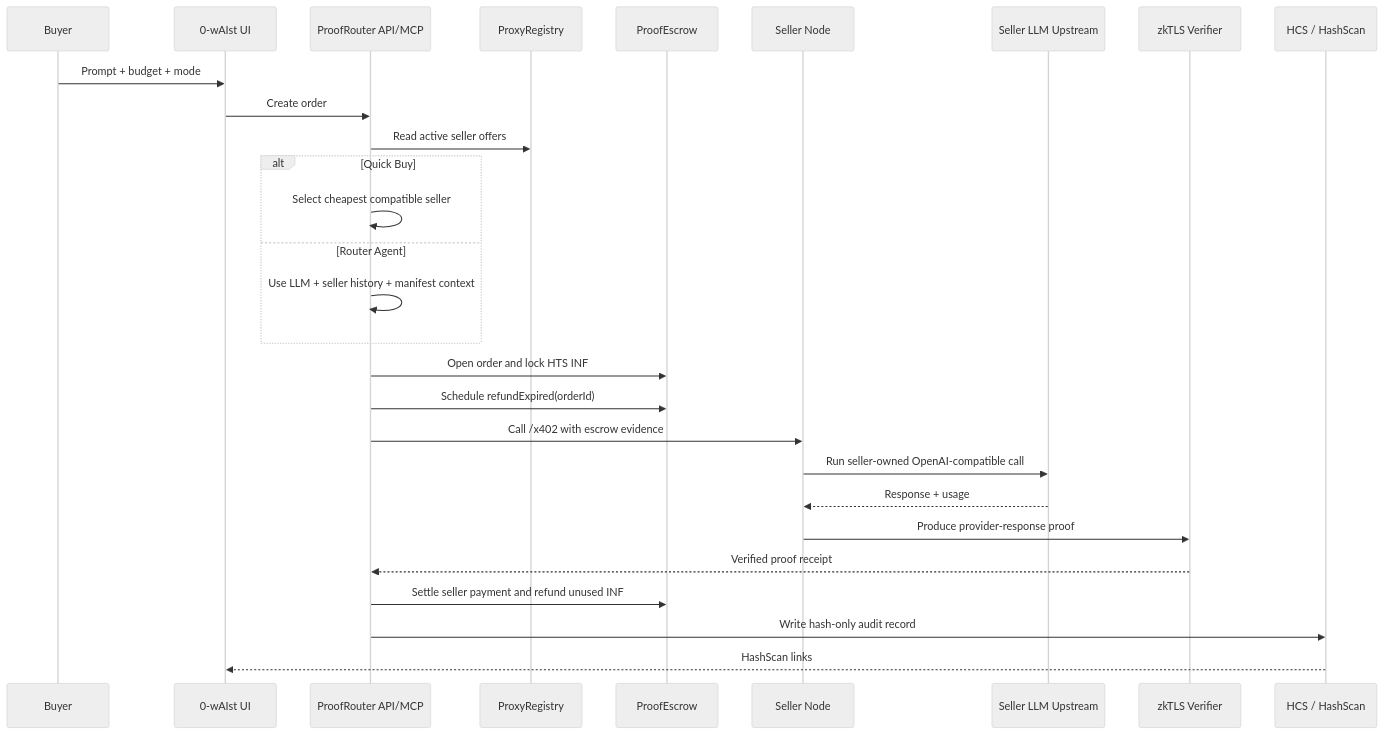
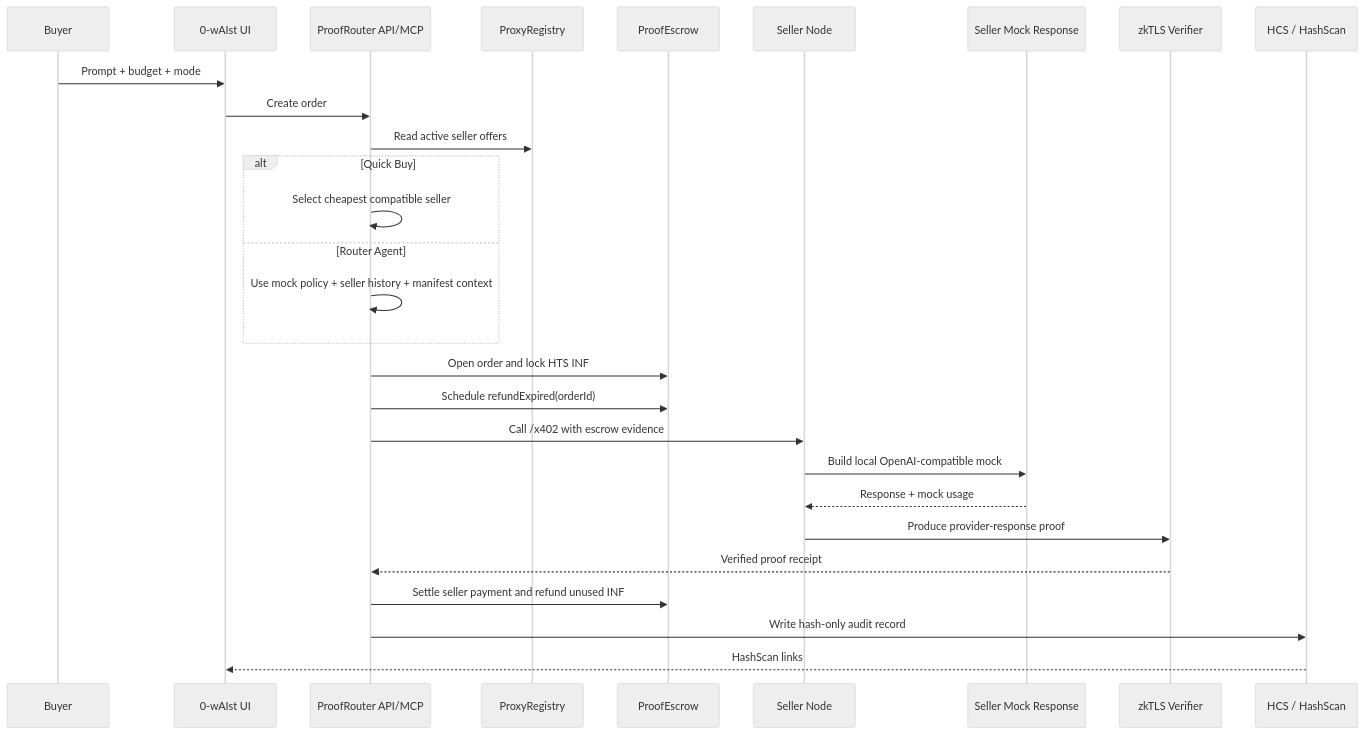
Before and after one commit to kirilligum/0-wAIst-hack-ethglobal-nyc-26: the second of 2 diagrams in README.md, drawn with Mermaid (neutral theme). The commit also changed other lines of this file and 28 other files, not shown here.

Commit message:
chore: switch LLM paths to local mock

````diff
--- a/README.md
+++ b/README.md
@@ -39,31 +39,31 @@
 ```mermaid
 sequenceDiagram
     participant Buyer
     participant UI as 0-wAIst UI
     participant Router as ProofRouter API/MCP
     participant Registry as ProxyRegistry
     participant Escrow as ProofEscrow
     participant Seller as Seller Node
-    participant LLM as Seller LLM Upstream
+    participant LLM as Seller Mock Response
     participant ZK as zkTLS Verifier
     participant Audit as HCS / HashScan
 
     Buyer->>UI: Prompt + budget + mode
     UI->>Router: Create order
     Router->>Registry: Read active seller offers
     alt Quick Buy
         Router->>Router: Select cheapest compatible seller
     else Router Agent
-        Router->>Router: Use LLM + seller history + manifest context
+        Router->>Router: Use mock policy + seller history + manifest context
     end
     Router->>Escrow: Open order and lock HTS INF
     Router->>Escrow: Schedule refundExpired(orderId)
     Router->>Seller: Call /x402 with escrow evidence
-    Seller->>LLM: Run seller-owned OpenAI-compatible call
-    LLM-->>Seller: Response + usage
+    Seller->>LLM: Build local OpenAI-compatible mock
+    LLM-->>Seller: Response + mock usage
     Seller->>ZK: Produce provider-response proof
     ZK-->>Router: Verified proof receipt
     Router->>Escrow: Settle seller payment and refund unused INF
     Router->>Audit: Write hash-only audit record
     Audit-->>UI: HashScan links
 ```
````
